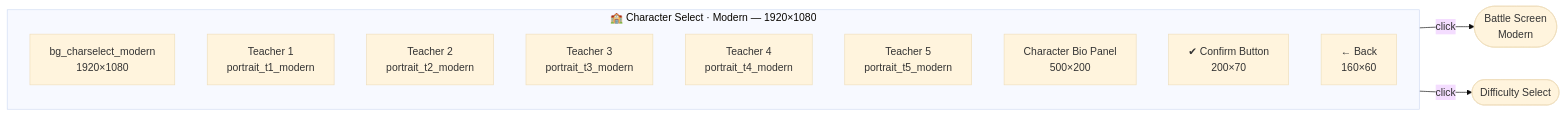
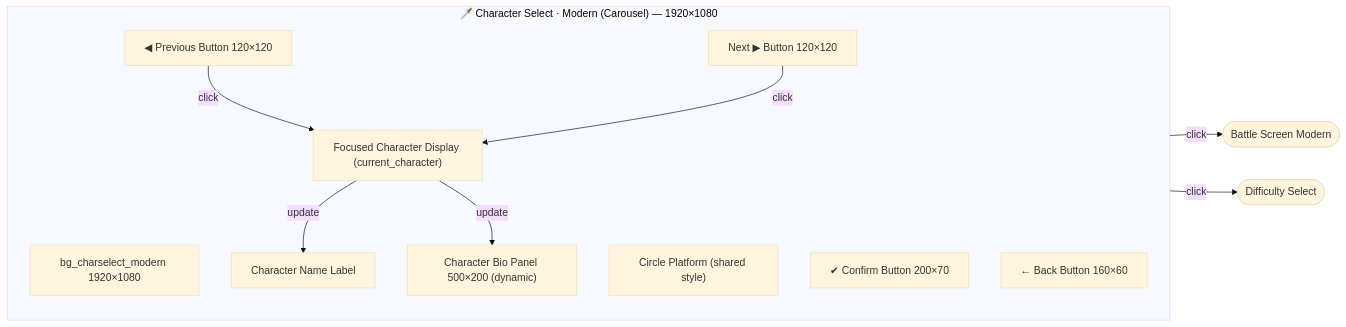
The fifth of 8 diagrams in docs/design/ui_flow.md (UoB-COMSM0166/2026-group-16), drawn with Mermaid (base theme) before and after one commit. The commit also changed other lines of this file and 66 other files, not shown here.

Commit message:
add assert-list & character_select screens

````diff
--- a/docs/design/ui_flow.md
+++ b/docs/design/ui_flow.md
@@ -103,18 +115,30 @@
 ```mermaid
 flowchart LR
-    subgraph CSM["🏫 Character Select · Modern — 1920×1080"]
+    subgraph CSF["🗡️ Character Select · Modern (Carousel) — 1920×1080"]
         direction TB
-        BG[bg_charselect_modern\n1920×1080]
-        C1[Teacher 1\nportrait_t1_modern]
-        C2[Teacher 2\nportrait_t2_modern]
-        C3[Teacher 3\nportrait_t3_modern]
-        C4[Teacher 4\nportrait_t4_modern]
-        C5[Teacher 5\nportrait_t5_modern]
-        BIO[Character Bio Panel\n500×200]
-        OK[✔ Confirm Button\n200×70]
-        BK[← Back\n160×60]
+        
+        BG[bg_charselect_modern 1920×1080]
+
+        CHAR["Focused Character Display (current_character)"]
+
+        LEFT[◀ Previous Button 120×120]
+        RIGHT[Next ▶ Button 120×120]
+
+        BASE["Circle Platform (shared style)"]
+        NAME["Character Name Label"]
+
+        BIO["Character Bio Panel 500×200 (dynamic)"]
+
+        OK[✔ Confirm Button 200×70]
+        BK[← Back Button 160×60]
     end
 
-    OK -->|click| BM([Battle Screen\nModern])
+    LEFT -->|click| CHAR
+    RIGHT -->|click| CHAR
+
+    CHAR -->|update| NAME
+    CHAR -->|update| BIO
+
+    OK -->|click| BF([Battle Screen Modern])
     BK -->|click| DIFF([Difficulty Select])
 ```
````
